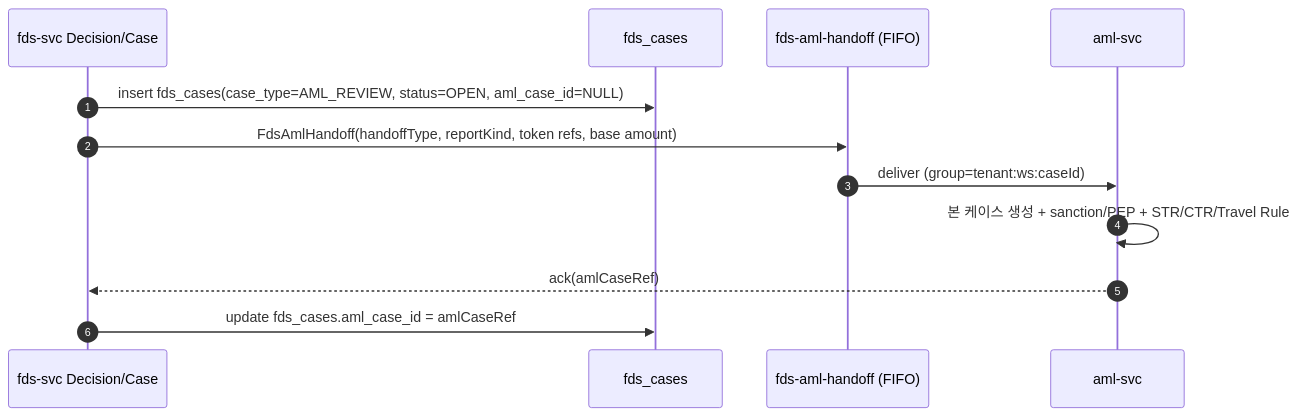
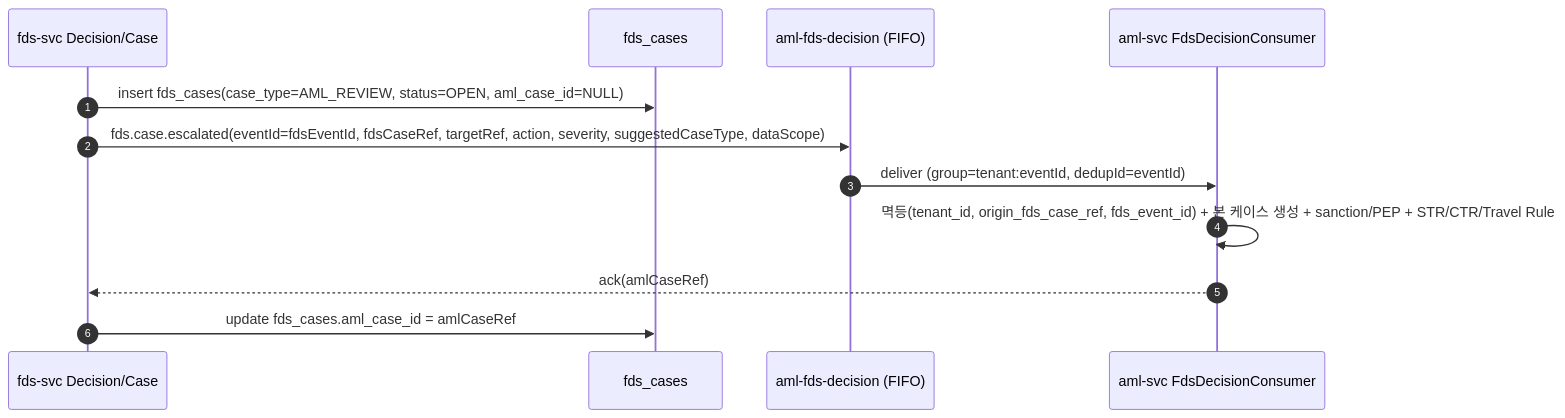
Before and after one commit to smkim89/aml-system-docs: the fourth of 6 diagrams in docs/design/integration/01-fds-integration.md, drawn with Mermaid. The commit also changed other lines of this file, not shown here.

First line of the commit message:
docs(integration): FDS→AML 핸드오프 큐/봉투를 AML 정본으로 정합 (01-fds §4.4)

````diff
--- a/docs/design/integration/01-fds-integration.md
+++ b/docs/design/integration/01-fds-integration.md
@@ -368,14 +368,14 @@
 ```mermaid
 sequenceDiagram
     autonumber
     participant CORE as fds-svc Decision/Case
     participant DB as fds_cases
-    participant QH as fds-aml-handoff (FIFO)
-    participant AML as aml-svc
+    participant QH as aml-fds-decision (FIFO)
+    participant AML as aml-svc FdsDecisionConsumer
     CORE->>DB: insert fds_cases(case_type=AML_REVIEW, status=OPEN, aml_case_id=NULL)
-    CORE->>QH: FdsAmlHandoff(handoffType, reportKind, token refs, base amount)
-    QH->>AML: deliver (group=tenant:ws:caseId)
-    AML->>AML: 본 케이스 생성 + sanction/PEP + STR/CTR/Travel Rule
+    CORE->>QH: fds.case.escalated(eventId=fdsEventId, fdsCaseRef, targetRef, action, severity, suggestedCaseType, dataScope)
+    QH->>AML: deliver (group=tenant:eventId, dedupId=eventId)
+    AML->>AML: 멱등(tenant_id, origin_fds_case_ref, fds_event_id) + 본 케이스 생성 + sanction/PEP + STR/CTR/Travel Rule
     AML-->>CORE: ack(amlCaseRef)
     CORE->>DB: update fds_cases.aml_case_id = amlCaseRef
 ```
````
